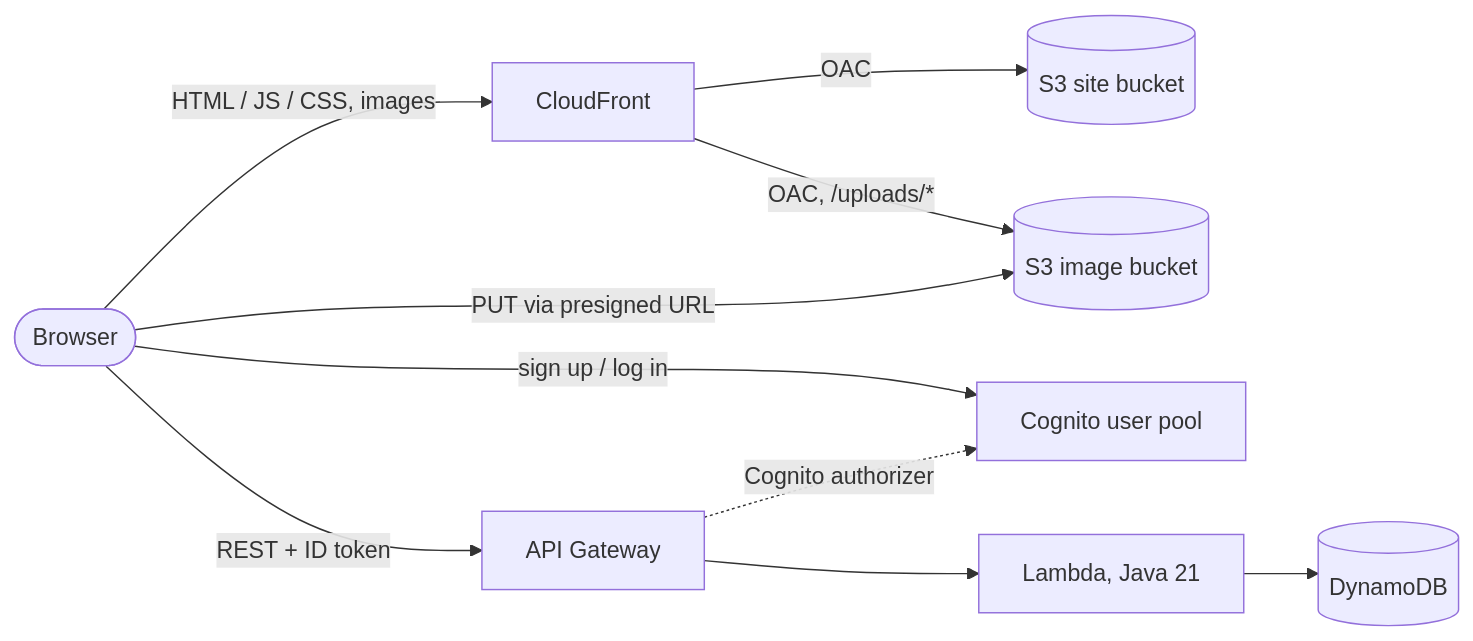
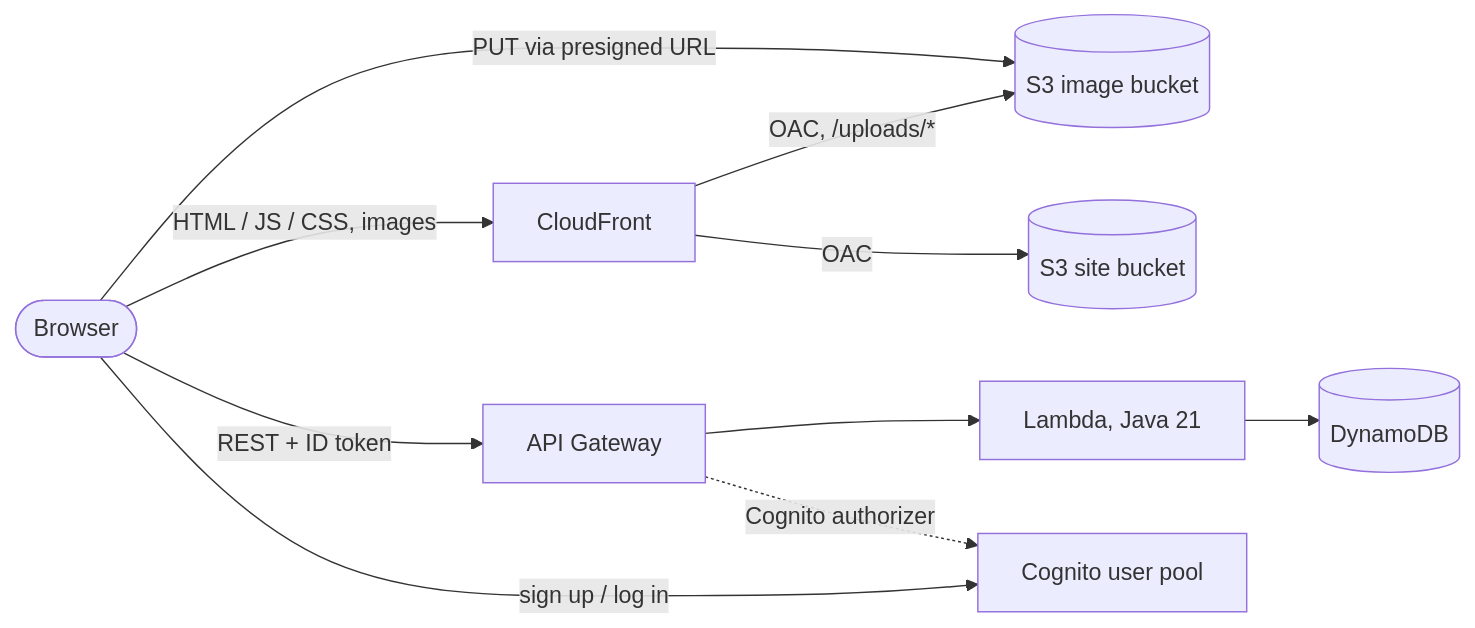
Before and after one commit to mukijidev/serverless-board: the diagram in README.md, drawn with Mermaid.

Commit message:
readme architecture graph

````diff
--- a/README.md
+++ b/README.md
@@ -7,13 +7,13 @@
 ```mermaid
 flowchart LR
     Browser([Browser])
+    Browser -- "PUT via presigned URL" --> Img[(S3 image bucket)]
     Browser -- "HTML / JS / CSS, images" --> CF[CloudFront]
+    CF -- "OAC, /uploads/*" --> Img
     CF -- "OAC" --> Site[(S3 site bucket)]
-    CF -- "OAC, /uploads/*" --> Img[(S3 image bucket)]
-    Browser -- "sign up / log in" --> Cognito[Cognito user pool]
     Browser -- "REST + ID token" --> APIGW[API Gateway]
-    APIGW -. "Cognito authorizer" .-> Cognito
     APIGW --> Lambda[Lambda, Java 21]
     Lambda --> DDB[(DynamoDB)]
-    Browser -- "PUT via presigned URL" --> Img
+    Browser -- "sign up / log in" --> Cognito[Cognito user pool]
+    APIGW -. "Cognito authorizer" .-> Cognito
 ```
````
